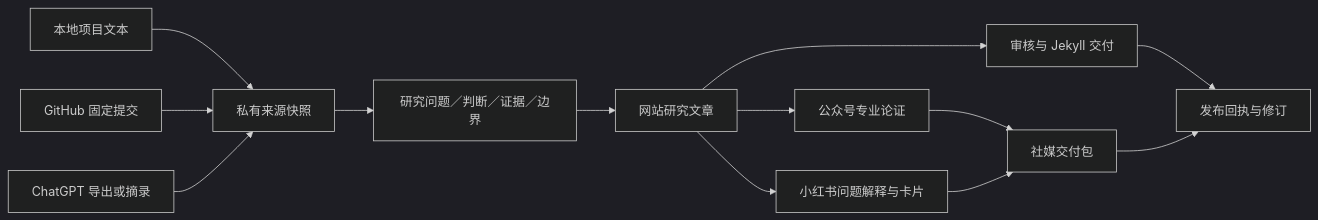
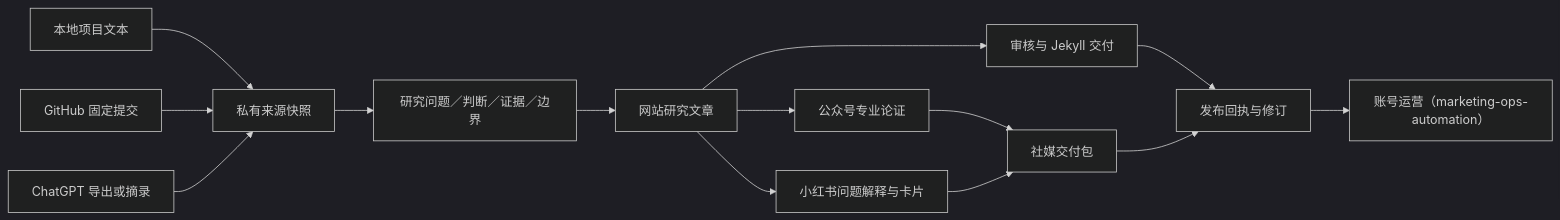
Before and after one commit to roy-tong/research-to-publish: the diagram in README.md, drawn with Mermaid (dark theme). The commit also changed other lines of this file, not shown here.

Commit message:
Position as full-chain terminal app: ecosystem wiring table, ops handoff, my-voice review gate

````diff
--- a/README.md
+++ b/README.md
@@ -9,15 +22,16 @@
 ```mermaid
 flowchart LR
   A[本地项目文本] --> D[私有来源快照]
   B[GitHub 固定提交] --> D
   C[ChatGPT 导出或摘录] --> D
   D --> E[研究问题／判断／证据／边界]
   E --> F[网站研究文章]
   F --> G[公众号专业论证]
   F --> H[小红书问题解释与卡片]
   F --> I[审核与 Jekyll 交付]
   G --> J[社媒交付包]
   H --> J
   I --> K[发布回执与修订]
   J --> K
+  K --> L["账号运营（marketing-ops-automation）"]
 ```
````
